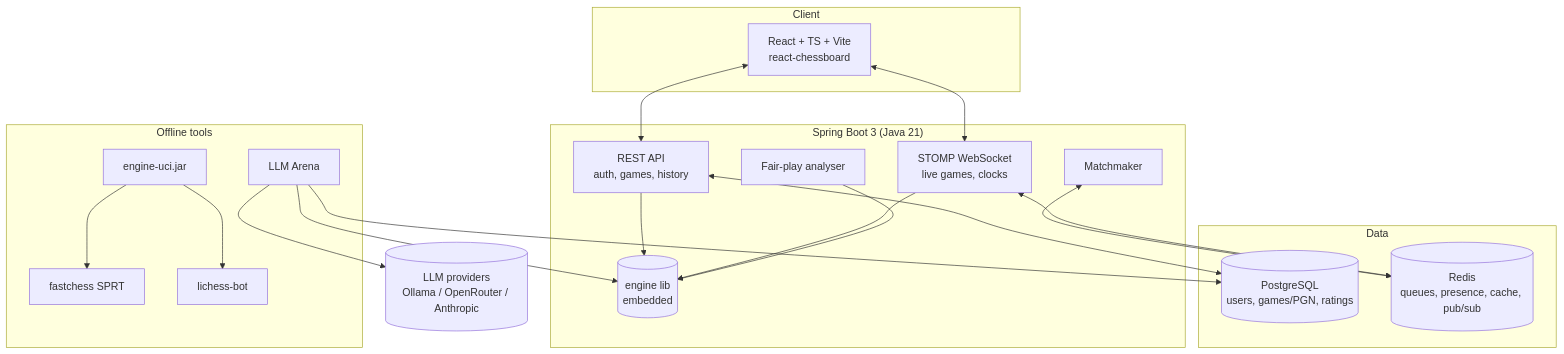
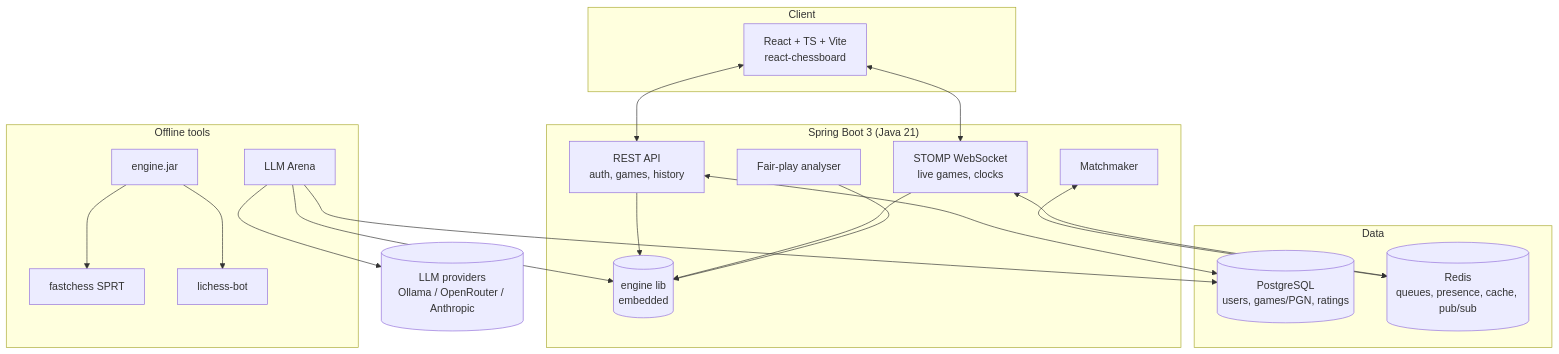
The second of 4 diagrams in docs/ROADMAP.md (NikPihu/Chess_Engine_App), drawn with Mermaid before and after one commit. The commit also changed other lines of this file and 70 other files, not shown here.

````diff
--- a/docs/ROADMAP.md
+++ b/docs/ROADMAP.md
@@ -69,37 +69,37 @@
 ```mermaid
 flowchart TB
     subgraph Client
         WEB["React + TS + Vite<br/>react-chessboard"]
     end
     subgraph Server["Spring Boot 3 (Java 21)"]
         REST[REST API<br/>auth, games, history]
         WS[STOMP WebSocket<br/>live games, clocks]
         MM[Matchmaker]
         FP[Fair-play analyser]
         ENG[(engine lib<br/>embedded)]
         REST --> ENG
         WS --> ENG
         FP --> ENG
     end
     subgraph Data
         PG[(PostgreSQL<br/>users, games/PGN, ratings)]
         RD[(Redis<br/>queues, presence, cache, pub/sub)]
     end
     subgraph Offline["Offline tools"]
-        UCI[engine-uci.jar]
+        UCI[engine.jar]
         FC[fastchess SPRT]
         LB[lichess-bot]
         AR[LLM Arena]
     end
     LLM[(LLM providers<br/>Ollama / OpenRouter / Anthropic)]
     WEB <--> REST
     WEB <--> WS
     MM <--> RD
     WS <--> RD
     REST <--> PG
     UCI --> FC
     UCI --> LB
     AR --> ENG
     AR --> LLM
     AR --> PG
 ```
````
